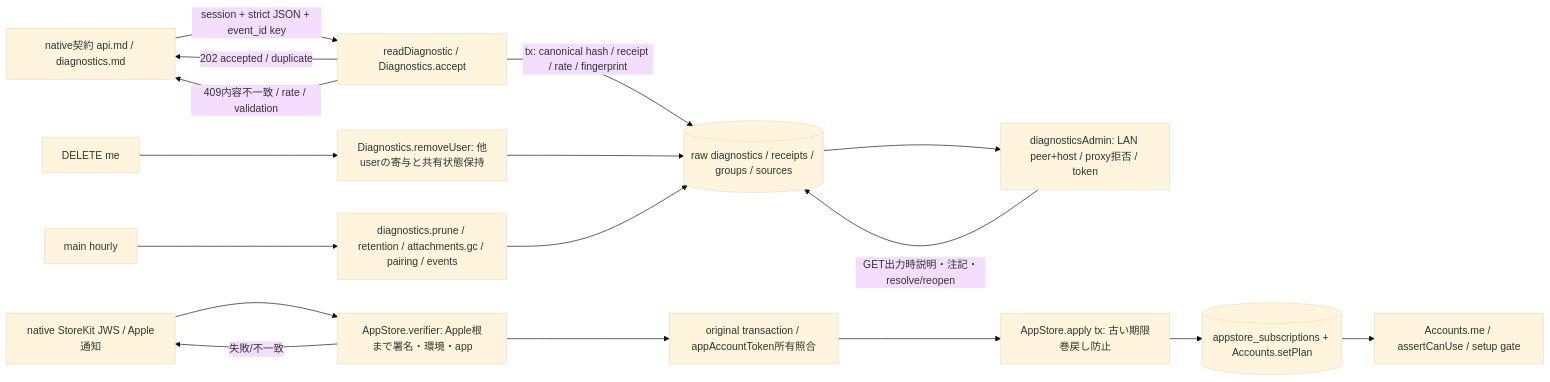
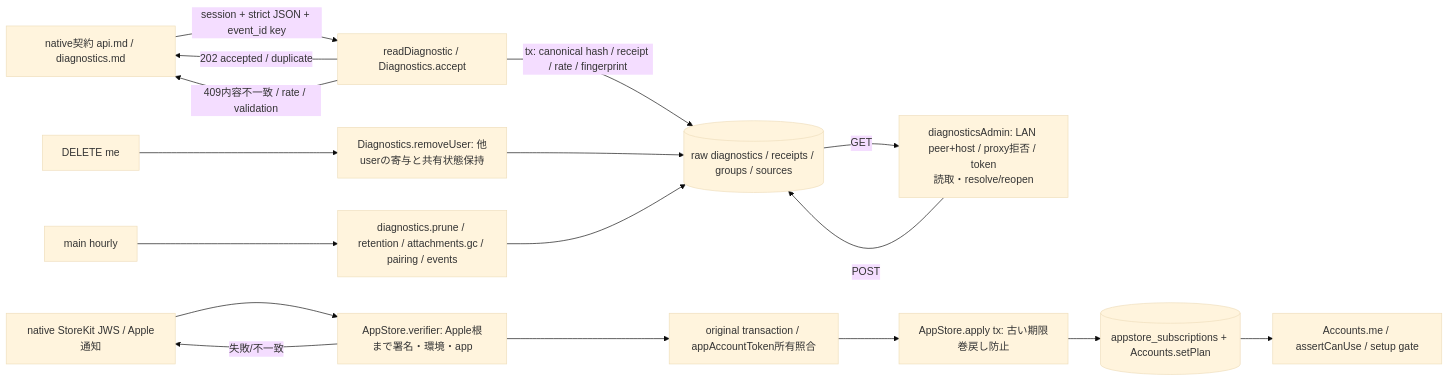
Before and after one commit to kitepon/approval-box: the diagram in docs/refactoring/current/operations.mmd, drawn with Mermaid (base theme). The commit also changed 35 other files, not shown here.

```diff
--- a/docs/refactoring/current/operations.mmd
+++ b/docs/refactoring/current/operations.mmd
@@ -1,17 +1,17 @@
 flowchart LR
  NATIVE["native契約 api.md / diagnostics.md"] -->|session + strict JSON + event_id key| DIAG["readDiagnostic / Diagnostics.accept"]
  DIAG -->|tx: canonical hash / receipt / rate / fingerprint| DDB[("raw diagnostics / receipts / groups / sources")]
  DIAG -->|202 accepted / duplicate| NATIVE
  DIAG -->|409内容不一致 / rate / validation| NATIVE
- DDB --> ADMIN["diagnosticsAdmin: LAN peer+host / proxy拒否 / token"]
- ADMIN -->|GET出力時説明・注記・resolve/reopen| DDB
+ DDB -->|GET| ADMIN["diagnosticsAdmin: LAN peer+host / proxy拒否 / token<br/>読取・resolve/reopen"]
+ ADMIN -->|POST| DDB
  USER["DELETE me"] --> REMOVE["Diagnostics.removeUser: 他userの寄与と共有状態保持"]
  REMOVE --> DDB
  STORE["native StoreKit JWS / Apple通知"] --> VERIFY["AppStore.verifier: Apple根まで署名・環境・app"]
  VERIFY -->|失敗/不一致| STORE
  VERIFY --> OWNER["original transaction / appAccountToken所有照合"]
  OWNER --> APPLY["AppStore.apply tx: 古い期限巻戻し防止"]
  APPLY --> SUB[("appstore_subscriptions + Accounts.setPlan")]
  SUB --> ME["Accounts.me / assertCanUse / setup gate"]
  TIME["main hourly"] --> PRUNE["diagnostics.prune / retention / attachments.gc / pairing / events"]
  PRUNE --> DDB
```
